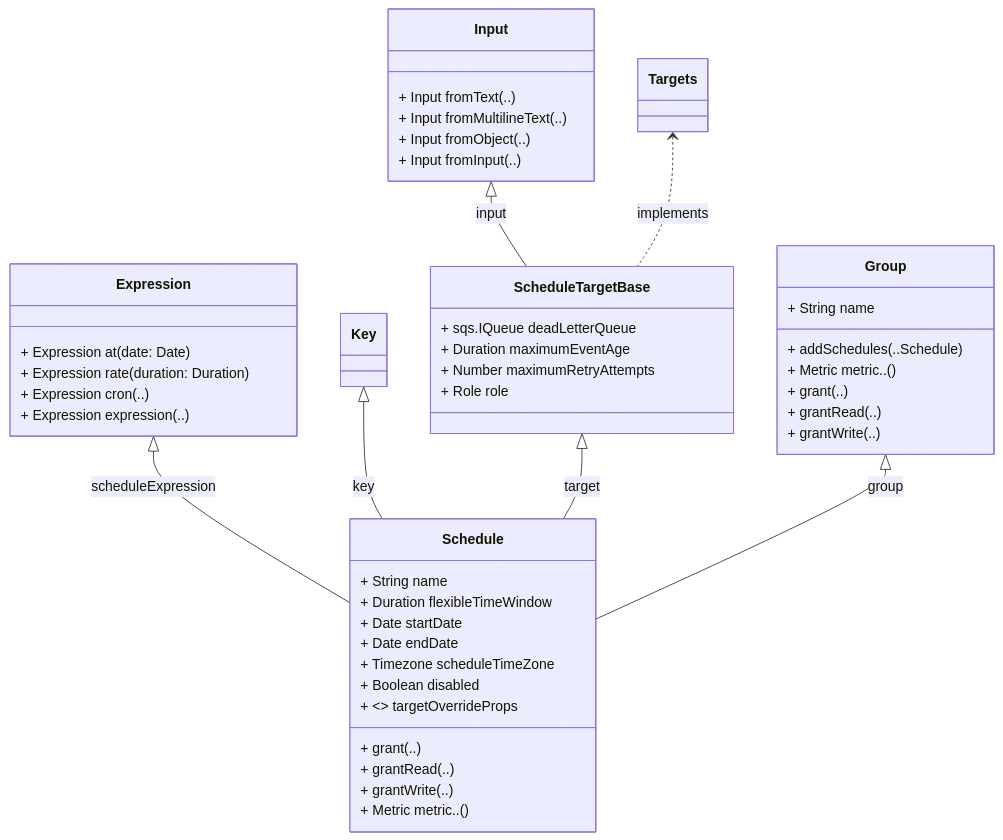
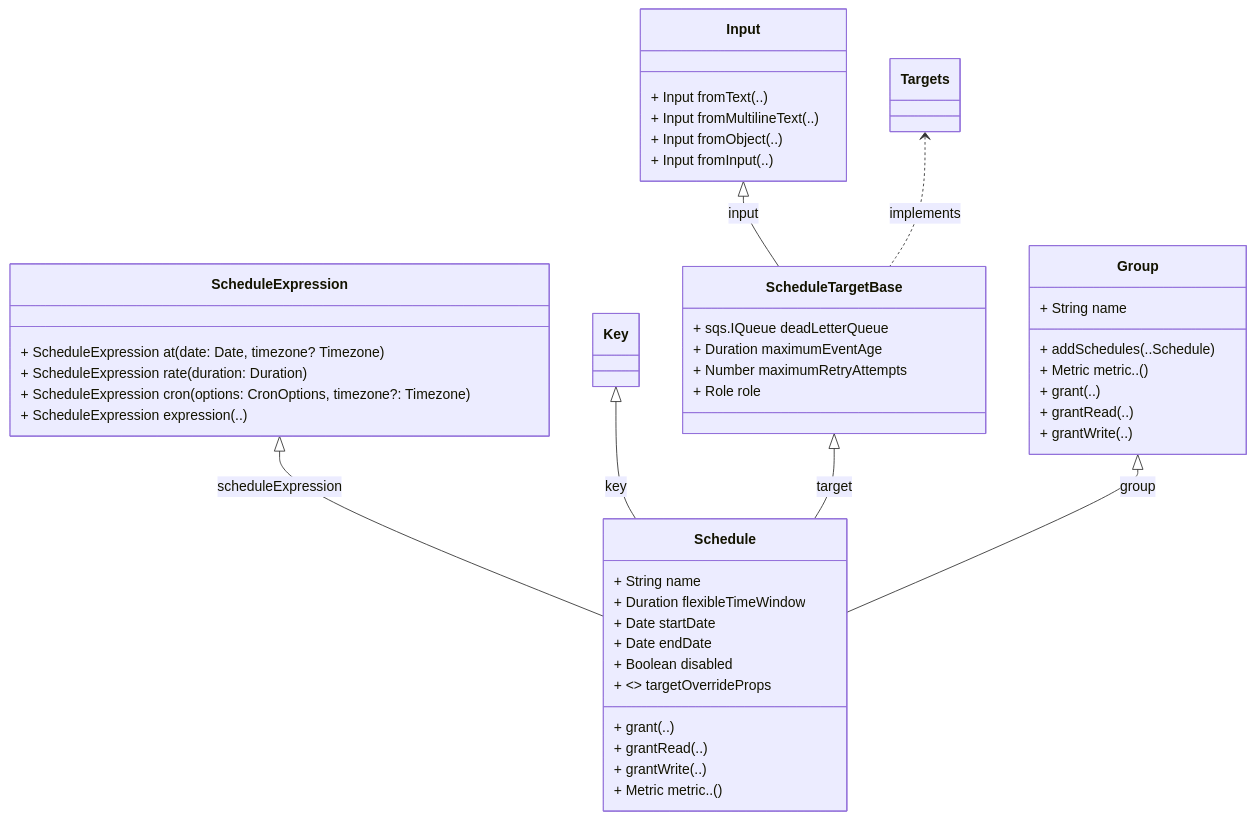
One commit to aws/aws-cdk-rfcs changed the diagram in text/0474-event-bridge-scheduler-l2.md. Above: the diagram before and after it, drawn with Mermaid. The commit also changed other lines of this file, not shown here.

Commit message:
Update how timezone parameter is used

````diff
--- a/text/0474-event-bridge-scheduler-l2.md
+++ b/text/0474-event-bridge-scheduler-l2.md
@@ -461,55 +465,54 @@
 ```mermaid
 classDiagram
-    Expression <|-- Schedule : scheduleExpression
+    ScheduleExpression <|-- Schedule : scheduleExpression
     Key <|-- Schedule : key
     ScheduleTargetBase <|-- Schedule : target
     Group <|-- Schedule : group
     Input <|-- ScheduleTargetBase : input
     Targets <.. ScheduleTargetBase : implements
 
     class Schedule {
         + String name
         + Duration flexibleTimeWindow 
         + Date startDate
         + Date endDate
-        + Timezone scheduleTimeZone 
         + Boolean disabled 
 
         + <> targetOverrideProps
 
         + grant(..)
         + grantRead(..)
         + grantWrite(..)
         + Metric metric..() 
     }
-    class Expression {
-        + Expression at(date: Date)
-        + Expression rate(duration: Duration) 
-        + Expression cron(..)
-        + Expression expression(..)
+    class ScheduleExpression {
+        + ScheduleExpression at(date: Date, timezone? Timezone)
+        + ScheduleExpression rate(duration: Duration) 
+        + ScheduleExpression cron(options: CronOptions, timezone?: Timezone)
+        + ScheduleExpression expression(..)
     }
 
     class Group {
         + String name
         + addSchedules(..Schedule)
 
         + Metric metric..()
         + grant(..)
         + grantRead(..)
         + grantWrite(..)
     }
 
     class ScheduleTargetBase {
         + sqs.IQueue deadLetterQueue
         + Duration maximumEventAge
         + Number maximumRetryAttempts
         + Role role
     }
 
     class Input {
         + Input fromText(..)
         + Input fromMultilineText(..)
         + Input fromObject(..)
         + Input fromInput(..)
     }
 ```
````
